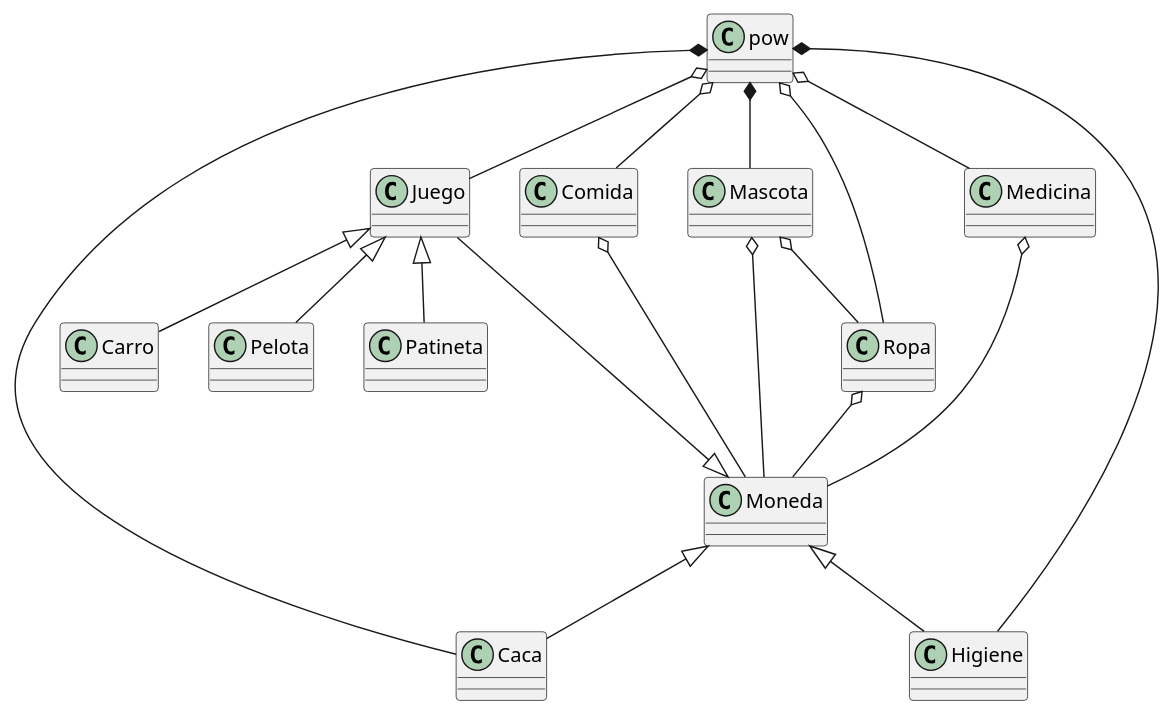
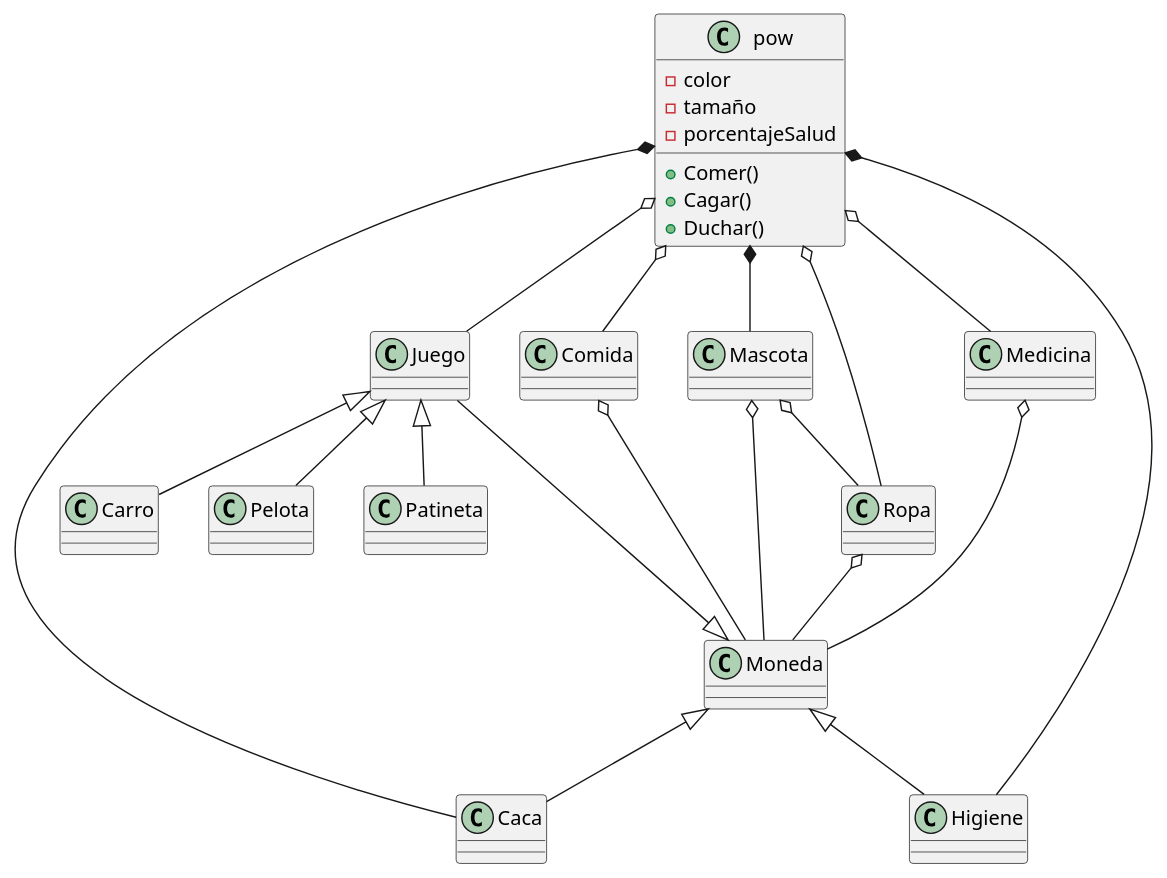
The diagram in docs/pow.puml (JesusSebastianNavarro/Hola-Mundo), drawn with PlantUML before and after one commit. The commit also changed 3 other files, not shown here.

```diff
--- a/docs/pow.puml
+++ b/docs/pow.puml
@@ -1,37 +1,45 @@
 @startuml pow
-class pow
+class pow{
+    - color 
+    - tamaño 
+    - porcentajeSalud
+    + Comer()
+    + Cagar()
+    + Duchar()
+
+}
 class Juego
 class Pelota
 class Comida
 class Caca
 class Patineta
 class Ropa
 class Higiene
 class Medicina
 class Carro
 class Moneda
 class Mascota
 
 Juego <|-- Patineta 
 Juego <|-- Pelota 
 Juego <|-- Carro
 Moneda <|-- Higiene
 
 pow o-- Juego
 pow o-- Medicina
 pow *-- Higiene
 pow *-- Mascota
 pow *-- Caca
 pow o-- Comida
 pow o-- Ropa 
 
 Comida o-- Moneda
 Ropa o-- Moneda
 Medicina o-- Moneda
 Mascota o-- Moneda
 Juego --|> Moneda
 
 Moneda<|--Caca
 Mascota o-- Ropa
 
 @enduml
```
